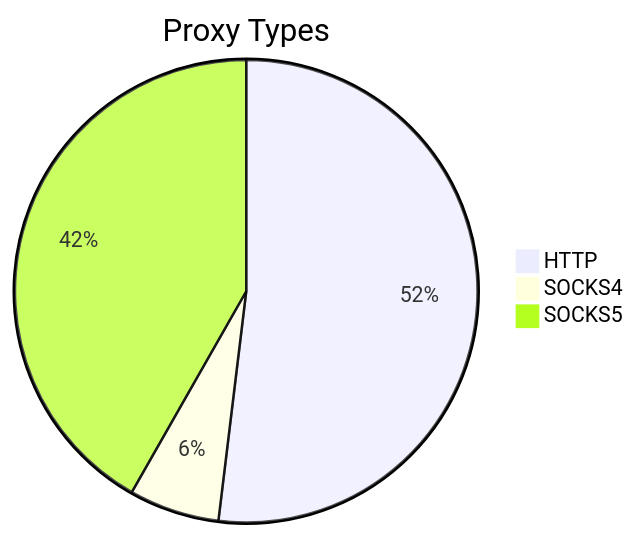
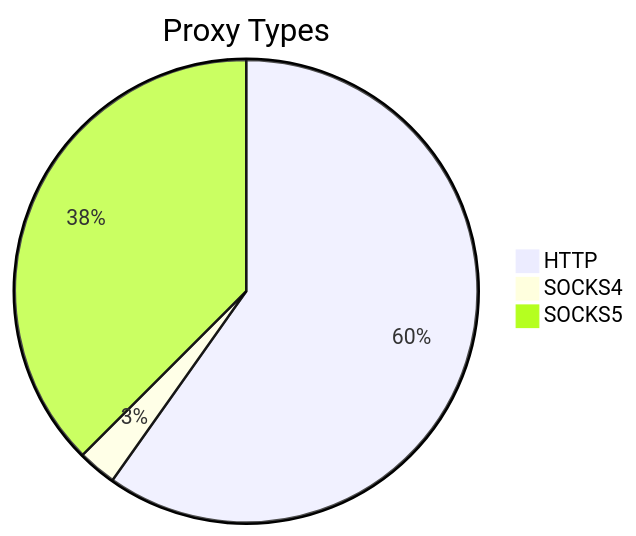
The first of 2 diagrams in README.md (stormsia/proxy-list), drawn with Mermaid before and after one commit. The commit also changed other lines of this file, not shown here.

````diff
--- a/README.md
+++ b/README.md
@@ -21,6 +21,6 @@
 ```mermaid
 pie title Proxy Types
-    "HTTP" : 189
-    "SOCKS4" : 23
-    "SOCKS5" : 152
+    "HTTP" : 244
+    "SOCKS4" : 11
+    "SOCKS5" : 153
 ```
````
